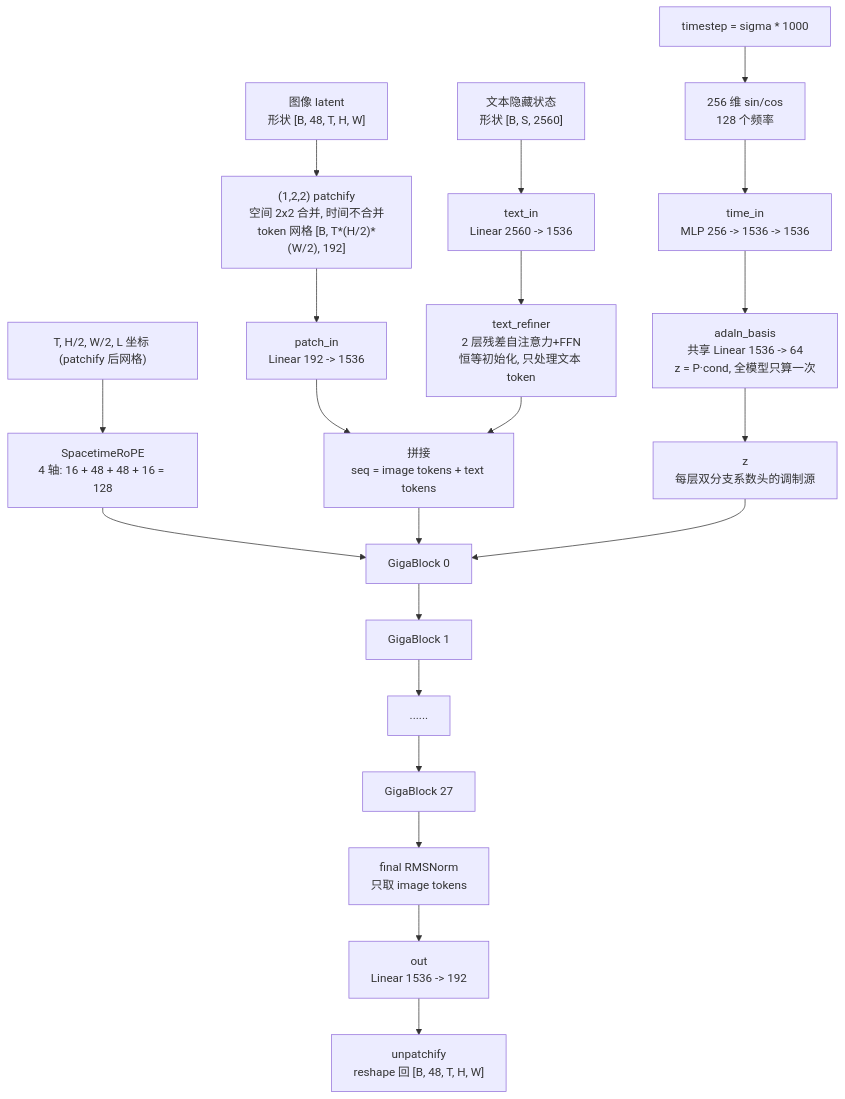
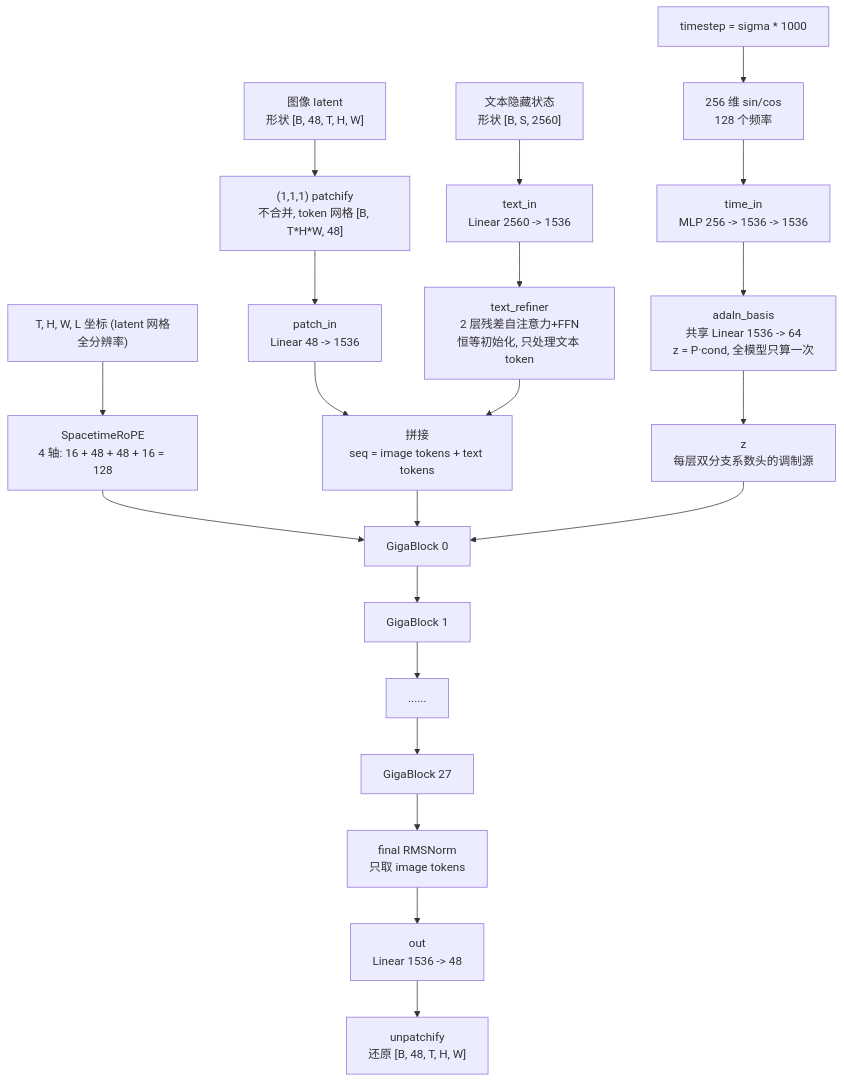
One commit to Yvonne-OH/OpenUniDit changed the second of 3 diagrams in docs/giga_exp_architecture.md. Above: the diagram before and after it, drawn with Mermaid. The commit also changed other lines of this file and 4 other files, not shown here.

````diff
--- a/docs/giga_exp_architecture.md
+++ b/docs/giga_exp_architecture.md
@@ -57,23 +59,23 @@
 ```mermaid
 flowchart TB
-    X["图像 latent<br/>形状 [B, 48, T, H, W]"] --> PATCH["(1,2,2) patchify<br/>空间 2x2 合并, 时间不合并<br/>token 网格 [B, T*(H/2)*(W/2), 192]"]
-    PATCH --> PI["patch_in<br/>Linear 192 -> 1536"]
+    X["图像 latent<br/>形状 [B, 48, T, H, W]"] --> PATCH["(1,1,1) patchify<br/>不合并, token 网格 [B, T*H*W, 48]"]
+    PATCH --> PI["patch_in<br/>Linear 48 -> 1536"]
     TXT["文本隐藏状态<br/>形状 [B, S, 2560]"] --> TI["text_in<br/>Linear 2560 -> 1536"]
     TI --> TR["text_refiner<br/>2 层残差自注意力+FFN<br/>恒等初始化, 只处理文本 token"]
     PI --> CAT["拼接<br/>seq = image tokens + text tokens"]
     TR --> CAT
     TS["timestep = sigma * 1000"] --> FR["256 维 sin/cos<br/>128 个频率"]
     FR --> TIN["time_in<br/>MLP 256 -> 1536 -> 1536"]
     TIN --> BAS["adaln_basis<br/>共享 Linear 1536 -> 64<br/>z = P·cond, 全模型只算一次"]
     BAS --> MOD["z<br/>每层双分支系数头的调制源"]
-    POS["T, H/2, W/2, L 坐标 (patchify 后网格)"] --> ROPE["SpacetimeRoPE<br/>4 轴: 16 + 48 + 48 + 16 = 128"]
+    POS["T, H, W, L 坐标 (latent 网格全分辨率)"] --> ROPE["SpacetimeRoPE<br/>4 轴: 16 + 48 + 48 + 16 = 128"]
     ROPE --> B0["GigaBlock 0"]
     CAT --> B0
     MOD --> B0
     B0 --> B1["GigaBlock 1"]
     B1 --> BD["......"]
     BD --> B27["GigaBlock 27"]
     B27 --> NORM["final RMSNorm<br/>只取 image tokens"]
-    NORM --> OUT["out<br/>Linear 1536 -> 192"]
-    OUT --> UNPATCH["unpatchify<br/>reshape 回 [B, 48, T, H, W]"]
+    NORM --> OUT["out<br/>Linear 1536 -> 48"]
+    OUT --> UNPATCH["unpatchify<br/>还原 [B, 48, T, H, W]"]
 ```
````
